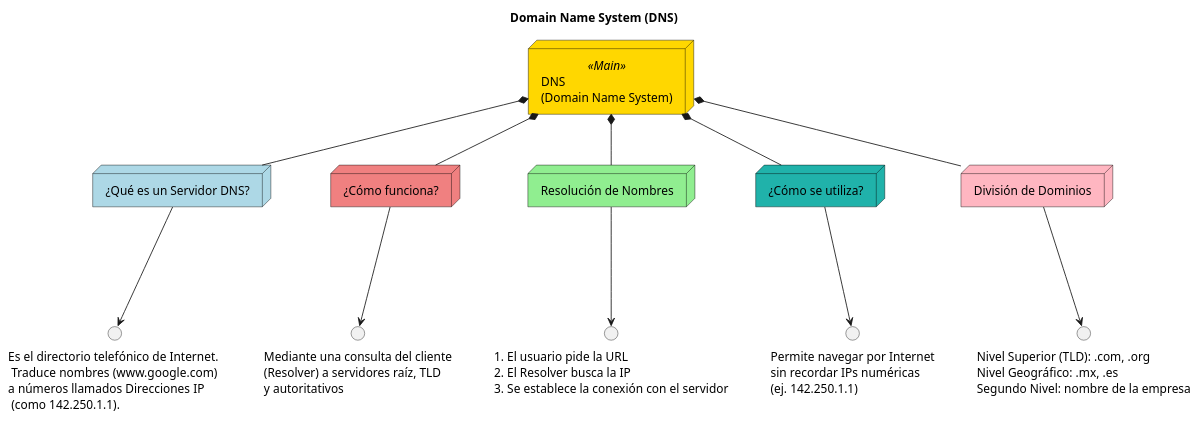
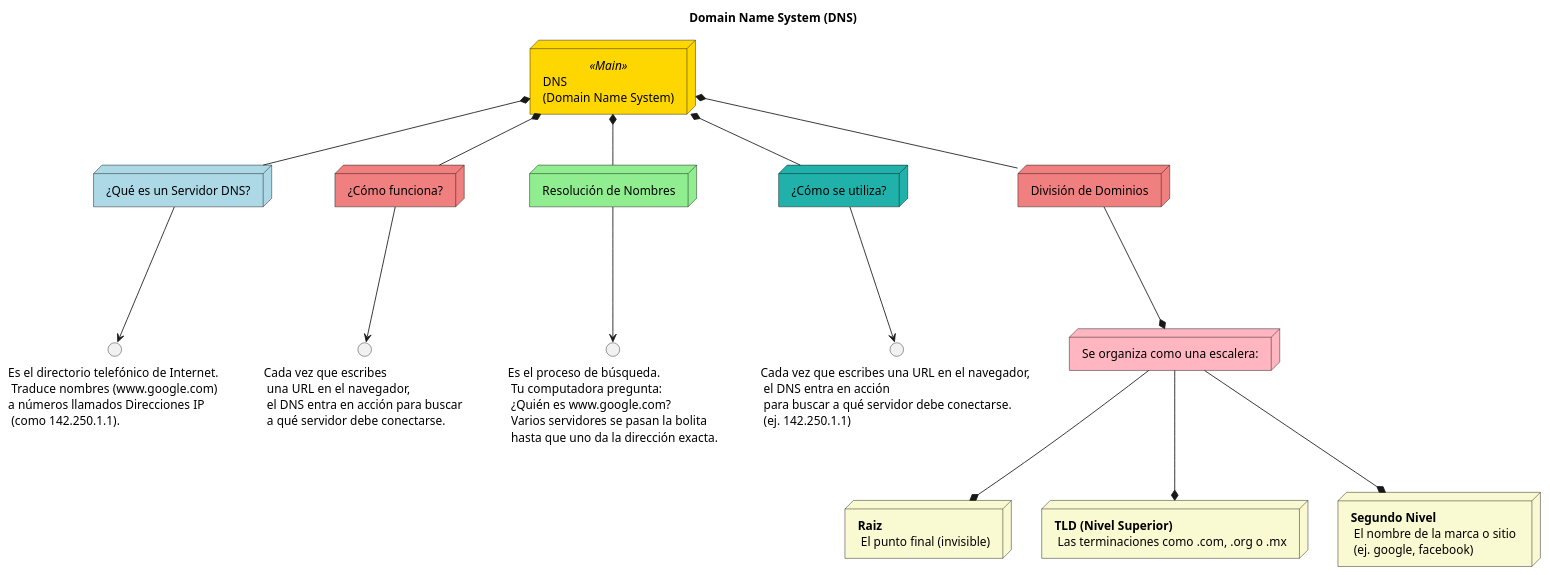
The diagram in DNS.puml (Kigo524/mapas-conceptuales-Arquitectura-de-redes), drawn with PlantUML before and after one commit.

Commit message:
Quedo ya como un mapa conceptual aunque no se si queda demasiado horizontal

```diff
--- a/DNS.puml
+++ b/DNS.puml
@@ -1,33 +1,41 @@
-@startuml
+@startuml DNS
 skinparam backgroundColor white
 skinparam node {
     BackgroundColor<<Main>> Gold
     BorderColor black
 }
 
 title Domain Name System (DNS)
 
 node "DNS\n(Domain Name System)" <<Main>> as DNS
 
 node "¿Qué es un Servidor DNS?" as def #LightBlue
 node "¿Cómo funciona?" as func #LightCoral
 node "Resolución de Nombres" as resolucion #LightGreen
 node "¿Cómo se utiliza?" as uso #LightSeaGreen
-node "División de Dominios" as division #LightPink
+node "División de Dominios" as division #LightCoral
+node "Se organiza como una escalera:" as organizacion #LightPink
+node "**Raiz** \n El punto final (invisible)" as raiz #LightGoldenRodYellow
+node "**TLD (Nivel Superior)** \n Las terminaciones como .com, .org o .mx" as tld #LightGoldenRodYellow
+node "**Segundo Nivel** \n El nombre de la marca o sitio \n (ej. google, facebook)" as segundo #LightGoldenRodYellow
 
 DNS *-- def
 def --> "Es el directorio telefónico de Internet. \n Traduce nombres (www.google.com)\na números llamados Direcciones IP \n (como 142.250.1.1)."
 
 DNS *-- func
-func --> "Mediante una consulta del cliente\n(Resolver) a servidores raíz, TLD\ny autoritativos"
+func --> "Cada vez que escribes \n una URL en el navegador,\n el DNS entra en acción para buscar \n a qué servidor debe conectarse."
 
 DNS *-- resolucion
-resolucion --> "1. El usuario pide la URL\n2. El Resolver busca la IP\n3. Se establece la conexión con el servidor"
+resolucion --> "Es el proceso de búsqueda. \n Tu computadora pregunta: \n ¿Quién es www.google.com? \n Varios servidores se pasan la bolita \n hasta que uno da la dirección exacta."
 
 DNS *-- uso
-uso --> "Permite navegar por Internet\nsin recordar IPs numéricas\n(ej. 142.250.1.1)"
+uso --> "Cada vez que escribes una URL en el navegador, \n el DNS entra en acción \n para buscar a qué servidor debe conectarse. \n (ej. 142.250.1.1)"
 
 DNS *-- division
-division --> "Nivel Superior (TLD): .com, .org\nNivel Geográfico: .mx, .es\nSegundo Nivel: nombre de la empresa"
+division --* organizacion
+
+organizacion --* raiz
+organizacion --* tld
+organizacion --* segundo
 
 @enduml
```
